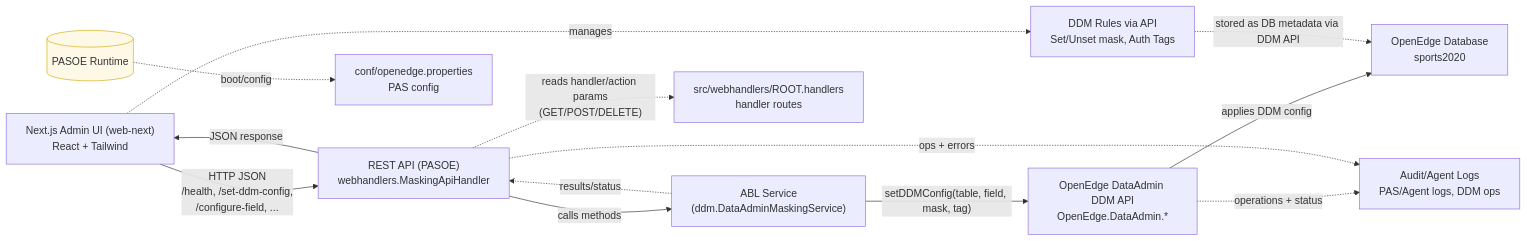
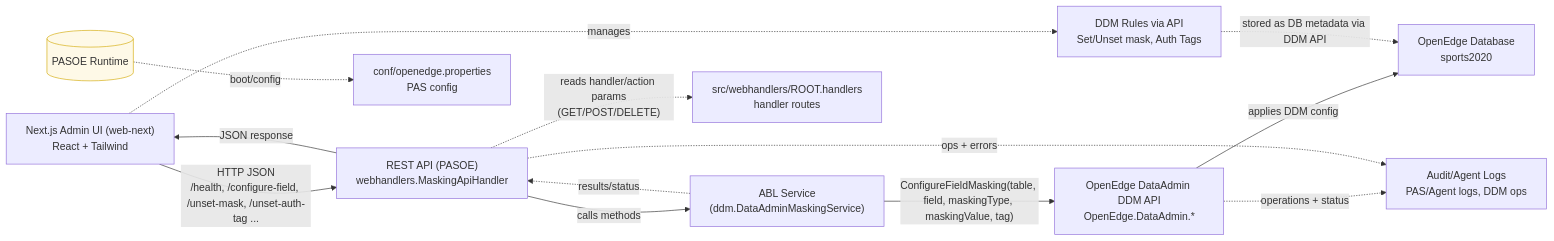
One commit to rwdroge/oe_ddm changed the second of 2 diagrams in README.md. Above: the diagram before and after it, drawn with Mermaid. The commit also changed 15 other files, not shown here.

Commit message:
docs: add DDM authorization tag format and mask configuration documentation

````diff
--- a/README.md
+++ b/README.md
@@ -281,33 +281,33 @@
 ```mermaid
 flowchart LR
     UI["Next.js Admin UI (web-next)\nReact + Tailwind"]
     REST["REST API (PASOE)\nwebhandlers.MaskingApiHandler"]
     SERVICE["ABL Service\n(ddm.DataAdminMaskingService)"]
     DDMAPI["OpenEdge DataAdmin DDM API\nOpenEdge.DataAdmin.*"]
     DB["OpenEdge Database\nsports2020"]
   
     LOGS["Audit/Agent Logs\nPAS/Agent logs, DDM ops"]
     CONF["conf/openedge.properties\nPAS config"]
     HANDLERS["src/webhandlers/ROOT.handlers\nhandler routes"]
     RULES["DDM Rules via API\nSet/Unset mask, Auth Tags"]
   
-    UI -- "HTTP JSON\n/health, /set-ddm-config,\n/configure-field, ... " --> REST
+    UI -- "HTTP JSON\n/health, /configure-field, /unset-mask, /unset-auth-tag ... " --> REST
     REST -- "calls methods" --> SERVICE
-    SERVICE -- "setDDMConfig(table, field, mask, tag)" --> DDMAPI
+    SERVICE -- "ConfigureFieldMasking(table, field, maskingType, maskingValue, tag)" --> DDMAPI
     DDMAPI -- "applies DDM config" --> DB
   
     REST -. "reads handler/action params\n(GET/POST/DELETE)" .-> HANDLERS
     PASOE[("PASOE Runtime")]:::ctrl
     PASOE -. "boot/config" .-> CONF
   
     SERVICE -. "results/status" .-> REST
     REST -- "JSON response" --> UI
   
     DDMAPI -. "operations + status" .-> LOGS
     REST -. "ops + errors" .-> LOGS
   
     UI -. "manages" .-> RULES
     RULES -. "stored as DB metadata via DDM API" .-> DB
   
     classDef ctrl fill:#fef9e7,stroke:#d4ac0d,stroke-width:1px;
 ```
````
